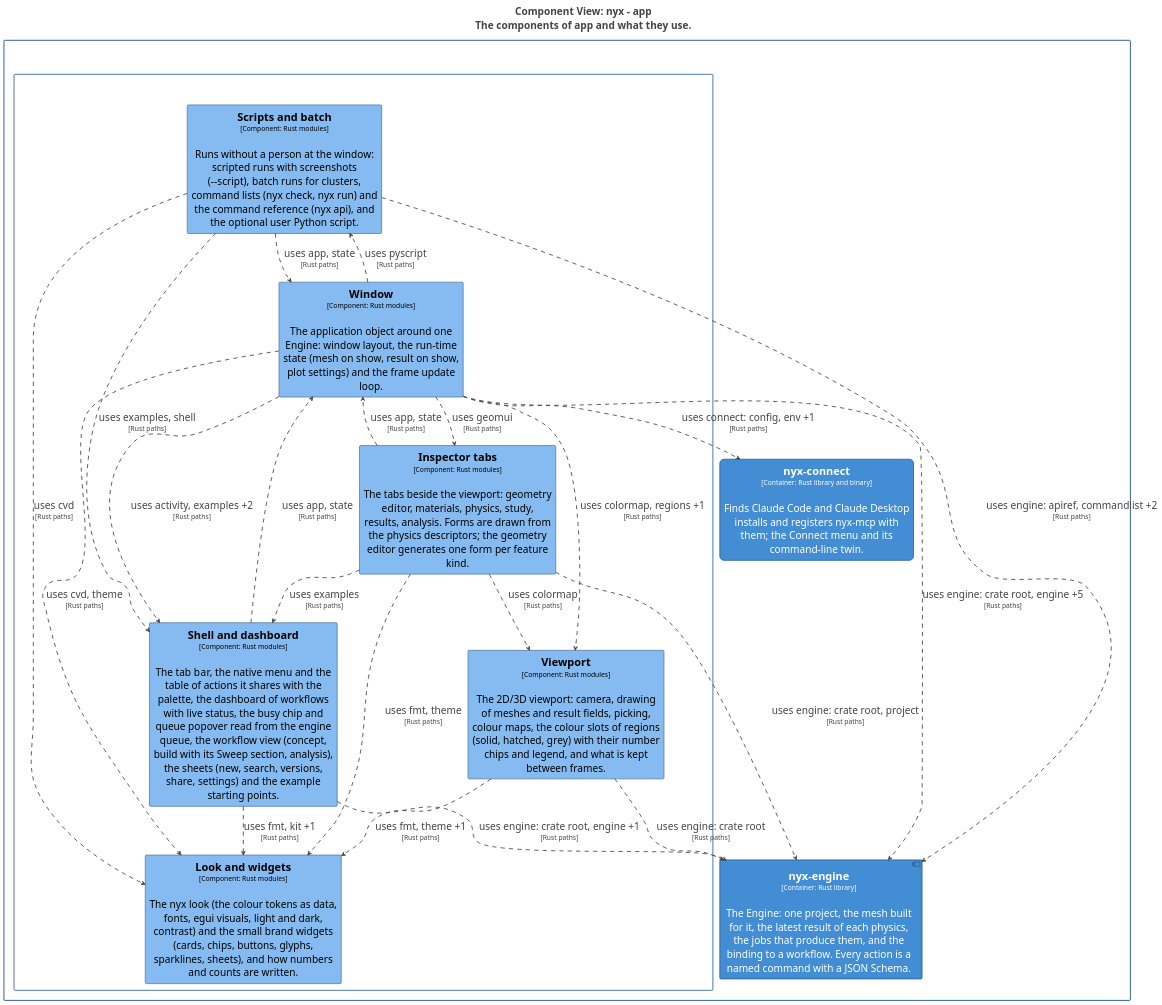
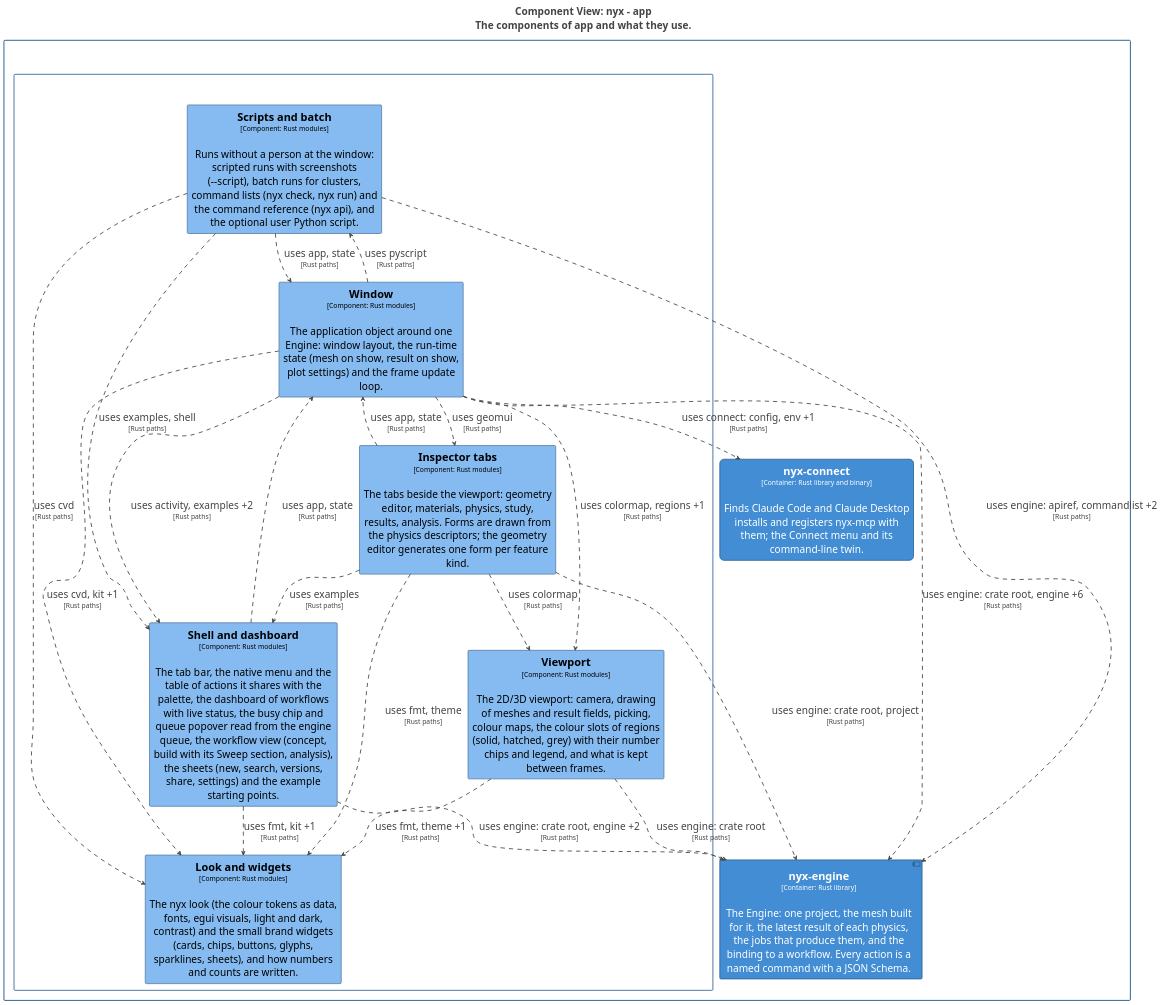
The diagram in docs/architecture/c4/export/plantuml/structurizr-Components_app.puml (p-j-r/nyx), drawn with PlantUML before and after one commit. The commit also changed 55 other files, not shown here.

```diff
--- a/docs/architecture/c4/export/plantuml/structurizr-Components_app.puml
+++ b/docs/architecture/c4/export/plantuml/structurizr-Components_app.puml
@@ -1,120 +1,120 @@
 @startuml
 title <size:24>Component View: nyx - app</size>\n<size:24>The components of app and what they use.</size>
 
 set separator none
 top to bottom direction
 skinparam ranksep 60
 skinparam nodesep 30
 hide stereotype
 
 <style>
   root {
     BackgroundColor: #ffffff;
     FontColor: #444444;
   }
   // Element,Component
   .Element-RWxlbWVudCxDb21wb25lbnQ= {
     BackgroundColor: #85bbf0;
     LineColor: #5d82a8;
     LineStyle: 0;
     LineThickness: 2;
     FontColor: #000000;
     FontSize: 24;
     HorizontalAlignment: center;
     Shadowing: 0;
     MaximumWidth: 450;
   }
   // Element,Container,Executable
   .Element-RWxlbWVudCxDb250YWluZXIsRXhlY3V0YWJsZQ== {
     BackgroundColor: #438dd5;
     LineColor: #2e6295;
     LineStyle: 0;
     LineThickness: 2;
     RoundCorner: 20;
     FontColor: #ffffff;
     FontSize: 24;
     HorizontalAlignment: center;
     Shadowing: 0;
     MaximumWidth: 450;
   }
   // Element,Container,Library
   .Element-RWxlbWVudCxDb250YWluZXIsTGlicmFyeQ== {
     BackgroundColor: #438dd5;
     LineColor: #2e6295;
     LineStyle: 0;
     LineThickness: 2;
     FontColor: #ffffff;
     FontSize: 24;
     HorizontalAlignment: center;
     Shadowing: 0;
     MaximumWidth: 450;
   }
   // Relationship
   .Relationship-UmVsYXRpb25zaGlw {
     LineThickness: 2;
     LineStyle: 10-10;
     LineColor: #444444;
     FontColor: #444444;
     FontSize: 24;
   }
   // app
   .Boundary-YXBw {
     BackgroundColor: #ffffff;
     LineColor: #2e6295;
     LineStyle: 0;
     LineThickness: 2;
     FontColor: #ffffff;
     FontSize: 24;
     HorizontalAlignment: center;
     Shadowing: 0;
   }
   // nyx
   .Boundary-bnl4 {
     BackgroundColor: #ffffff;
     LineColor: #0b4884;
     LineStyle: 0;
     LineThickness: 2;
     FontColor: #ffffff;
     FontSize: 24;
     HorizontalAlignment: center;
     Shadowing: 0;
   }
 </style>
 
 rectangle "nyx\n<size:16>[Software System]</size>" <<Boundary-bnl4>> {
   rectangle "app\n<size:16>[Container: Rust, eframe/egui]</size>" <<Boundary-YXBw>> {
     rectangle "==Viewport\n<size:16>[Component: Rust modules]</size>\n\nThe 2D/3D viewport: camera, drawing of meshes and result fields, picking, colour maps, the colour slots of regions (solid, hatched, grey) with their number chips and legend, and what is kept between frames." <<Element-RWxlbWVudCxDb21wb25lbnQ=>> as nyx.app.Viewport
     rectangle "==Look and widgets\n<size:16>[Component: Rust modules]</size>\n\nThe nyx look (the colour tokens as data, fonts, egui visuals, light and dark, contrast) and the small brand widgets (cards, chips, buttons, glyphs, sparklines, sheets), and how numbers and counts are written." <<Element-RWxlbWVudCxDb21wb25lbnQ=>> as nyx.app.Lookandwidgets
     rectangle "==Scripts and batch\n<size:16>[Component: Rust modules]</size>\n\nRuns without a person at the window: scripted runs with screenshots (--script), batch runs for clusters, command lists (nyx check, nyx run) and the command reference (nyx api), and the optional user Python script." <<Element-RWxlbWVudCxDb21wb25lbnQ=>> as nyx.app.Scriptsandbatch
     rectangle "==Window\n<size:16>[Component: Rust modules]</size>\n\nThe application object around one Engine: window layout, the run-time state (mesh on show, result on show, plot settings) and the frame update loop." <<Element-RWxlbWVudCxDb21wb25lbnQ=>> as nyx.app.Window
     rectangle "==Shell and dashboard\n<size:16>[Component: Rust modules]</size>\n\nThe tab bar, the native menu and the table of actions it shares with the palette, the dashboard of workflows with live status, the busy chip and queue popover read from the engine queue, the workflow view (concept, build with its Sweep section, analysis), the sheets (new, search, versions, share, settings) and the example starting points." <<Element-RWxlbWVudCxDb21wb25lbnQ=>> as nyx.app.Shellanddashboard
     rectangle "==Inspector tabs\n<size:16>[Component: Rust modules]</size>\n\nThe tabs beside the viewport: geometry editor, materials, physics, study, results, analysis. Forms are drawn from the physics descriptors; the geometry editor generates one form per feature kind." <<Element-RWxlbWVudCxDb21wb25lbnQ=>> as nyx.app.Inspectortabs
   }
 
   rectangle "==nyx-connect\n<size:16>[Container: Rust library and binary]</size>\n\nFinds Claude Code and Claude Desktop installs and registers nyx-mcp with them; the Connect menu and its command-line twin." <<Element-RWxlbWVudCxDb250YWluZXIsRXhlY3V0YWJsZQ==>> as nyx.nyxconnect
   component "==nyx-engine\n<size:16>[Container: Rust library]</size>\n\nThe Engine: one project, the mesh built for it, the latest result of each physics, the jobs that produce them, and the binding to a workflow. Every action is a named command with a JSON Schema." <<Element-RWxlbWVudCxDb250YWluZXIsTGlicmFyeQ==>> as nyx.nyxengine
 }
 
 nyx.app.Scriptsandbatch --> nyx.nyxengine <<Relationship-UmVsYXRpb25zaGlw>> : "uses engine: apiref, commandlist +2\n<size:16>[Rust paths]</size>"
 nyx.app.Scriptsandbatch --> nyx.app.Shellanddashboard <<Relationship-UmVsYXRpb25zaGlw>> : "uses examples, shell\n<size:16>[Rust paths]</size>"
 nyx.app.Scriptsandbatch --> nyx.app.Lookandwidgets <<Relationship-UmVsYXRpb25zaGlw>> : "uses cvd\n<size:16>[Rust paths]</size>"
 nyx.app.Scriptsandbatch --> nyx.app.Window <<Relationship-UmVsYXRpb25zaGlw>> : "uses app, state\n<size:16>[Rust paths]</size>"
 nyx.app.Inspectortabs --> nyx.nyxengine <<Relationship-UmVsYXRpb25zaGlw>> : "uses engine: crate root, project\n<size:16>[Rust paths]</size>"
 nyx.app.Inspectortabs --> nyx.app.Shellanddashboard <<Relationship-UmVsYXRpb25zaGlw>> : "uses examples\n<size:16>[Rust paths]</size>"
 nyx.app.Inspectortabs --> nyx.app.Lookandwidgets <<Relationship-UmVsYXRpb25zaGlw>> : "uses fmt, theme\n<size:16>[Rust paths]</size>"
 nyx.app.Inspectortabs --> nyx.app.Viewport <<Relationship-UmVsYXRpb25zaGlw>> : "uses colormap\n<size:16>[Rust paths]</size>"
 nyx.app.Inspectortabs --> nyx.app.Window <<Relationship-UmVsYXRpb25zaGlw>> : "uses app, state\n<size:16>[Rust paths]</size>"
-nyx.app.Shellanddashboard --> nyx.nyxengine <<Relationship-UmVsYXRpb25zaGlw>> : "uses engine: crate root, engine +1\n<size:16>[Rust paths]</size>"
+nyx.app.Shellanddashboard --> nyx.nyxengine <<Relationship-UmVsYXRpb25zaGlw>> : "uses engine: crate root, engine +2\n<size:16>[Rust paths]</size>"
 nyx.app.Shellanddashboard --> nyx.app.Lookandwidgets <<Relationship-UmVsYXRpb25zaGlw>> : "uses fmt, kit +1\n<size:16>[Rust paths]</size>"
 nyx.app.Shellanddashboard --> nyx.app.Window <<Relationship-UmVsYXRpb25zaGlw>> : "uses app, state\n<size:16>[Rust paths]</size>"
 nyx.app.Viewport --> nyx.nyxengine <<Relationship-UmVsYXRpb25zaGlw>> : "uses engine: crate root\n<size:16>[Rust paths]</size>"
 nyx.app.Viewport --> nyx.app.Lookandwidgets <<Relationship-UmVsYXRpb25zaGlw>> : "uses fmt, theme +1\n<size:16>[Rust paths]</size>"
 nyx.app.Window --> nyx.nyxconnect <<Relationship-UmVsYXRpb25zaGlw>> : "uses connect: config, env +1\n<size:16>[Rust paths]</size>"
-nyx.app.Window --> nyx.nyxengine <<Relationship-UmVsYXRpb25zaGlw>> : "uses engine: crate root, engine +5\n<size:16>[Rust paths]</size>"
+nyx.app.Window --> nyx.nyxengine <<Relationship-UmVsYXRpb25zaGlw>> : "uses engine: crate root, engine +6\n<size:16>[Rust paths]</size>"
 nyx.app.Window --> nyx.app.Scriptsandbatch <<Relationship-UmVsYXRpb25zaGlw>> : "uses pyscript\n<size:16>[Rust paths]</size>"
 nyx.app.Window --> nyx.app.Inspectortabs <<Relationship-UmVsYXRpb25zaGlw>> : "uses geomui\n<size:16>[Rust paths]</size>"
 nyx.app.Window --> nyx.app.Shellanddashboard <<Relationship-UmVsYXRpb25zaGlw>> : "uses activity, examples +2\n<size:16>[Rust paths]</size>"
-nyx.app.Window --> nyx.app.Lookandwidgets <<Relationship-UmVsYXRpb25zaGlw>> : "uses cvd, theme\n<size:16>[Rust paths]</size>"
+nyx.app.Window --> nyx.app.Lookandwidgets <<Relationship-UmVsYXRpb25zaGlw>> : "uses cvd, kit +1\n<size:16>[Rust paths]</size>"
 nyx.app.Window --> nyx.app.Viewport <<Relationship-UmVsYXRpb25zaGlw>> : "uses colormap, regions +1\n<size:16>[Rust paths]</size>"
 
 @enduml
```
